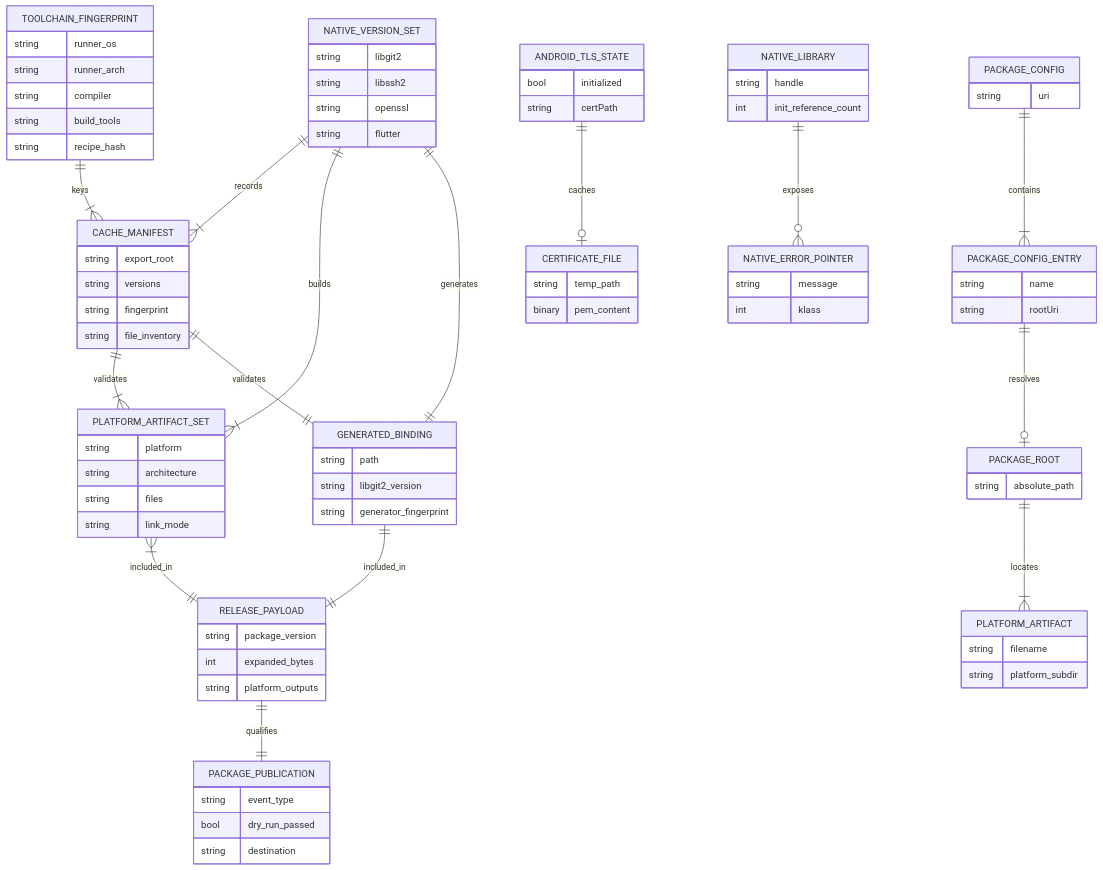
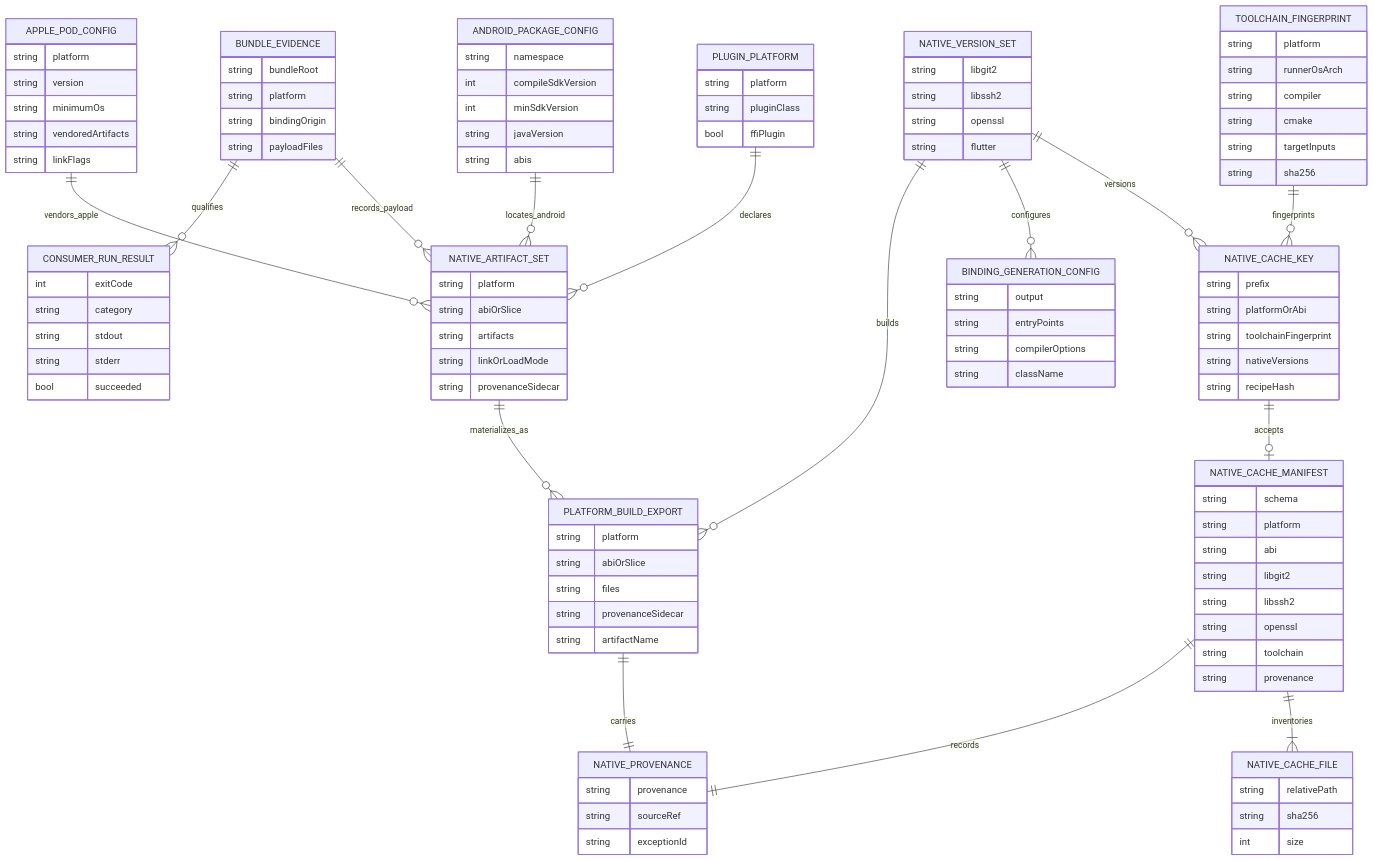
One commit to DartGit-dev/git2dart_binaries changed the second of 4 diagrams in .reversa/_reversa_sdd/erd-complete.md. Above: the diagram before and after it, drawn with Mermaid. The commit also changed other lines of this file and 250 other files, not shown here.

````diff
--- a/.reversa/_reversa_sdd/erd-complete.md
+++ b/.reversa/_reversa_sdd/erd-complete.md
@@ -5,88 +118,111 @@
 ```mermaid
 erDiagram
-  NATIVE_VERSION_SET ||--|| GENERATED_BINDING : generates
-  NATIVE_VERSION_SET ||--|{ PLATFORM_ARTIFACT_SET : builds
-  TOOLCHAIN_FINGERPRINT ||--|{ CACHE_MANIFEST : keys
-  NATIVE_VERSION_SET ||--|{ CACHE_MANIFEST : records
-  CACHE_MANIFEST ||--|| GENERATED_BINDING : validates
-  CACHE_MANIFEST ||--|{ PLATFORM_ARTIFACT_SET : validates
-  GENERATED_BINDING ||--|| RELEASE_PAYLOAD : included_in
-  PLATFORM_ARTIFACT_SET }|--|| RELEASE_PAYLOAD : included_in
-  RELEASE_PAYLOAD ||--|| PACKAGE_PUBLICATION : qualifies
-  PACKAGE_CONFIG ||--|{ PACKAGE_CONFIG_ENTRY : contains
-  PACKAGE_CONFIG_ENTRY ||--o| PACKAGE_ROOT : resolves
-  PACKAGE_ROOT ||--|{ PLATFORM_ARTIFACT : locates
-  ANDROID_TLS_STATE ||--o| CERTIFICATE_FILE : caches
-  NATIVE_LIBRARY ||--o{ NATIVE_ERROR_POINTER : exposes
+  PLUGIN_PLATFORM ||--o{ NATIVE_ARTIFACT_SET : declares
+  ANDROID_PACKAGE_CONFIG ||--o{ NATIVE_ARTIFACT_SET : locates_android
+  APPLE_POD_CONFIG ||--o{ NATIVE_ARTIFACT_SET : vendors_apple
+  BUNDLE_EVIDENCE ||--o{ NATIVE_ARTIFACT_SET : records_payload
+  BUNDLE_EVIDENCE ||--o{ CONSUMER_RUN_RESULT : qualifies
+  NATIVE_VERSION_SET ||--o{ NATIVE_CACHE_KEY : versions
+  TOOLCHAIN_FINGERPRINT ||--o{ NATIVE_CACHE_KEY : fingerprints
+  NATIVE_CACHE_KEY ||--o| NATIVE_CACHE_MANIFEST : accepts
+  NATIVE_CACHE_MANIFEST ||--|{ NATIVE_CACHE_FILE : inventories
+  NATIVE_CACHE_MANIFEST ||--|| NATIVE_PROVENANCE : records
+  NATIVE_VERSION_SET ||--o{ BINDING_GENERATION_CONFIG : configures
+  NATIVE_VERSION_SET ||--o{ PLATFORM_BUILD_EXPORT : builds
+  PLATFORM_BUILD_EXPORT ||--|| NATIVE_PROVENANCE : carries
+  NATIVE_ARTIFACT_SET ||--o{ PLATFORM_BUILD_EXPORT : materializes_as
 
+  PLUGIN_PLATFORM {
+    string platform
+    string pluginClass
+    bool ffiPlugin
+  }
+  NATIVE_ARTIFACT_SET {
+    string platform
+    string abiOrSlice
+    string artifacts
+    string linkOrLoadMode
+    string provenanceSidecar
+  }
+  ANDROID_PACKAGE_CONFIG {
+    string namespace
+    int compileSdkVersion
+    int minSdkVersion
+    string javaVersion
+    string abis
+  }
+  APPLE_POD_CONFIG {
+    string platform
+    string version
+    string minimumOs
+    string vendoredArtifacts
+    string linkFlags
+  }
+  BUNDLE_EVIDENCE {
+    string bundleRoot
+    string platform
+    string bindingOrigin
+    string payloadFiles
+  }
+  CONSUMER_RUN_RESULT {
+    int exitCode
+    string category
+    string stdout
+    string stderr
+    bool succeeded
+  }
   NATIVE_VERSION_SET {
     string libgit2
     string libssh2
     string openssl
     string flutter
   }
-  GENERATED_BINDING {
-    string path
-    string libgit2_version
-    string generator_fingerprint
+  TOOLCHAIN_FINGERPRINT {
+    string platform
+    string runnerOsArch
+    string compiler
+    string cmake
+    string targetInputs
+    string sha256
   }
-  PLATFORM_ARTIFACT_SET {
+  NATIVE_CACHE_KEY {
+    string prefix
+    string platformOrAbi
+    string toolchainFingerprint
+    string nativeVersions
+    string recipeHash
+  }
+  NATIVE_CACHE_MANIFEST {
+    string schema
     string platform
-    string architecture
+    string abi
+    string libgit2
+    string libssh2
+    string openssl
+    string toolchain
+    string provenance
+  }
+  NATIVE_CACHE_FILE {
+    string relativePath
+    string sha256
+    int size
+  }
+  NATIVE_PROVENANCE {
+    string provenance
+    string sourceRef
+    string exceptionId
+  }
+  BINDING_GENERATION_CONFIG {
+    string output
+    string entryPoints
+    string compilerOptions
+    string className
+  }
+  PLATFORM_BUILD_EXPORT {
+    string platform
+    string abiOrSlice
     string files
-    string link_mode
-  }
-  TOOLCHAIN_FINGERPRINT {
-    string runner_os
-    string runner_arch
-    string compiler
-    string build_tools
-    string recipe_hash
-  }
-  CACHE_MANIFEST {
-    string export_root
-    string versions
-    string fingerprint
-    string file_inventory
-  }
-  RELEASE_PAYLOAD {
-    string package_version
-    int expanded_bytes
-    string platform_outputs
-  }
-  PACKAGE_PUBLICATION {
-    string event_type
-    bool dry_run_passed
-    string destination
-  }
-  PACKAGE_CONFIG {
-    string uri
-  }
-  PACKAGE_CONFIG_ENTRY {
-    string name
-    string rootUri
-  }
-  PACKAGE_ROOT {
-    string absolute_path
-  }
-  PLATFORM_ARTIFACT {
-    string filename
-    string platform_subdir
-  }
-  ANDROID_TLS_STATE {
-    bool initialized
-    string certPath
-  }
-  CERTIFICATE_FILE {
-    string temp_path
-    binary pem_content
-  }
-  NATIVE_LIBRARY {
-    string handle
-    int init_reference_count
-  }
-  NATIVE_ERROR_POINTER {
-    string message
-    int klass
+    string provenanceSidecar
+    string artifactName
   }
 ```
````
